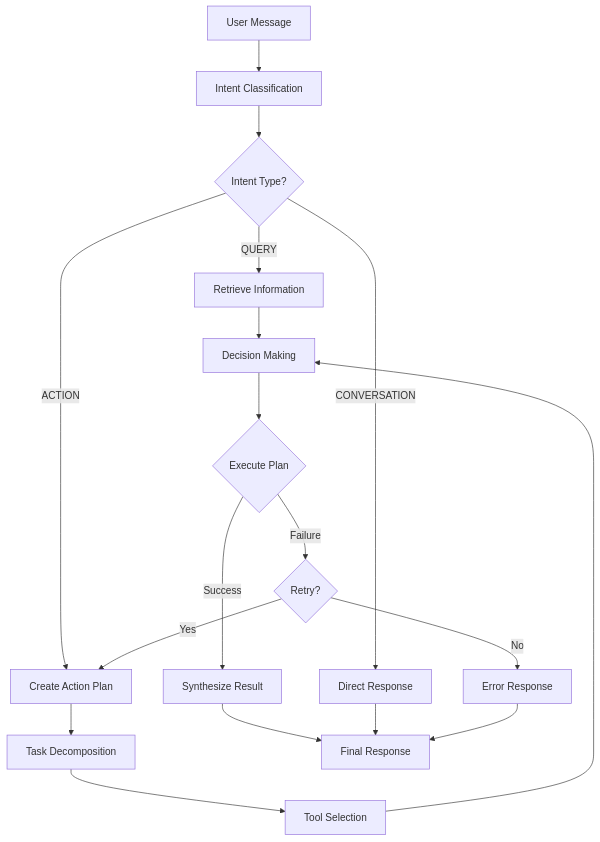
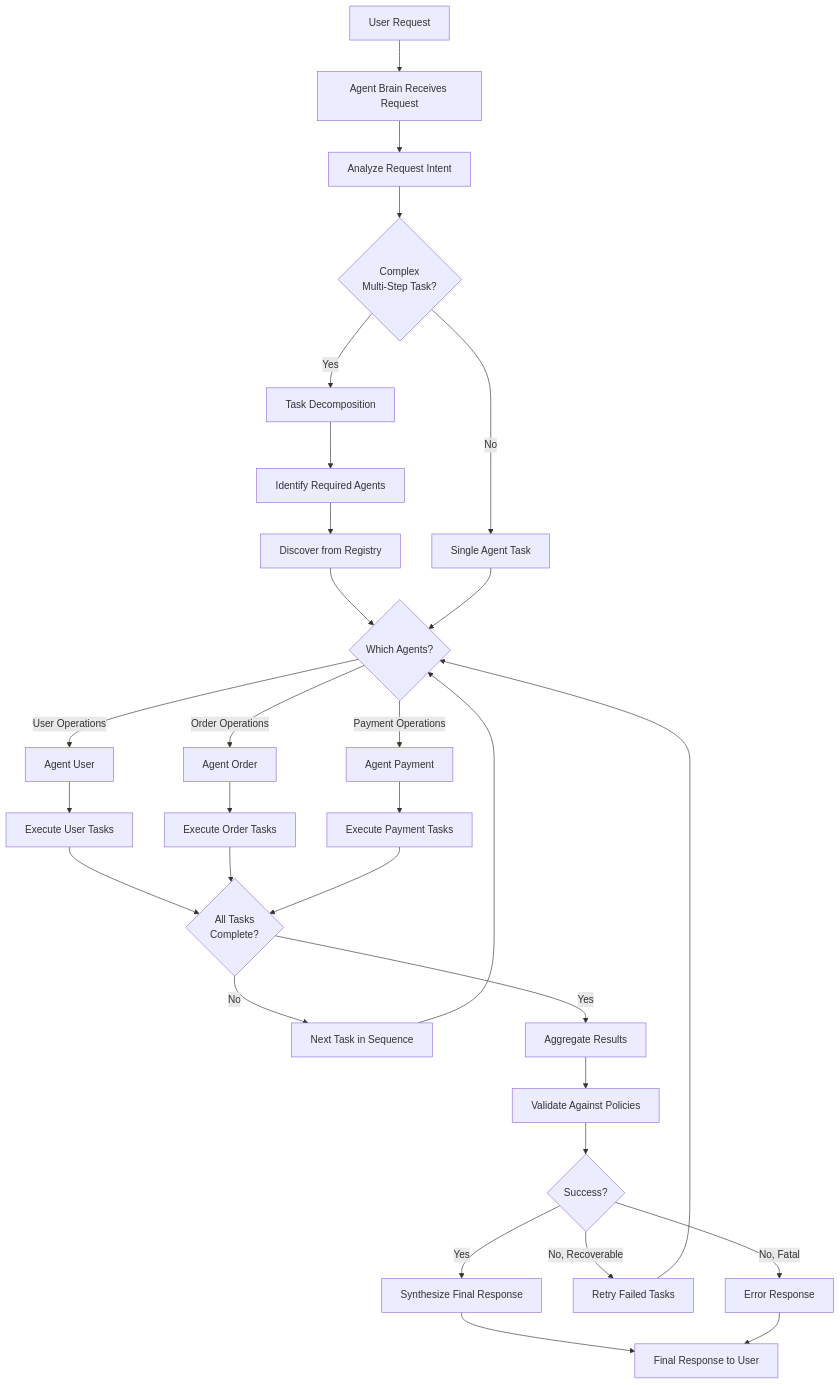
Before and after one commit to ptvinhtech13/micro-agent: the fifth of 14 diagrams in docs/architecture/architecture_visual_mermaid.md, drawn with Mermaid. The commit also changed other lines of this file and 10 other files, not shown here.

````diff
--- a/docs/architecture/architecture_visual_mermaid.md
+++ b/docs/architecture/architecture_visual_mermaid.md
@@ -156,25 +242,47 @@
 ```mermaid
 flowchart TD
-    START[User Message] --> INTENT[Intent Classification]
-    INTENT --> QUERY{Intent Type?}
-    
-    QUERY -->|QUERY| RETRIEVE[Retrieve Information]
-    QUERY -->|ACTION| PLAN[Create Action Plan]
-    QUERY -->|CONVERSATION| GENERATE[Direct Response]
-    
-    RETRIEVE --> DECIDE[Decision Making]
-    PLAN --> DECOMPOSE[Task Decomposition]
-    DECOMPOSE --> SELECT[Tool Selection]
-    SELECT --> DECIDE
-    
-    DECIDE --> EXECUTE{Execute Plan}
-    EXECUTE -->|Success| SYNTHESIZE[Synthesize Result]
-    EXECUTE -->|Failure| RETRY{Retry?}
-    
-    RETRY -->|Yes| PLAN
-    RETRY -->|No| ERROR[Error Response]
-    
-    SYNTHESIZE --> RESPONSE[Final Response]
-    GENERATE --> RESPONSE
+    START[User Request] --> BRAIN[Agent Brain Receives Request]
+    BRAIN --> ANALYZE[Analyze Request Intent]
+
+    ANALYZE --> COMPLEX{Complex<br/>Multi-Step Task?}
+
+    COMPLEX -->|Yes| DECOMPOSE[Task Decomposition]
+    COMPLEX -->|No| SIMPLE[Single Agent Task]
+
+    DECOMPOSE --> IDENTIFY[Identify Required Agents]
+    IDENTIFY --> DISCOVER[Discover from Registry]
+
+    DISCOVER --> AGENTS{Which Agents?}
+
+    AGENTS -->|User Operations| USER_AGENT[Agent User]
+    AGENTS -->|Order Operations| ORDER_AGENT[Agent Order]
+    AGENTS -->|Payment Operations| PAYMENT_AGENT[Agent Payment]
+
+    SIMPLE --> AGENTS
+
+    USER_AGENT --> EXECUTE_USER[Execute User Tasks]
+    ORDER_AGENT --> EXECUTE_ORDER[Execute Order Tasks]
+    PAYMENT_AGENT --> EXECUTE_PAY[Execute Payment Tasks]
+
+    EXECUTE_USER --> CHECK{All Tasks<br/>Complete?}
+    EXECUTE_ORDER --> CHECK
+    EXECUTE_PAY --> CHECK
+
+    CHECK -->|No| NEXT[Next Task in Sequence]
+    NEXT --> AGENTS
+
+    CHECK -->|Yes| AGGREGATE[Aggregate Results]
+
+    AGGREGATE --> VALIDATE[Validate Against Policies]
+
+    VALIDATE --> SUCCESS{Success?}
+
+    SUCCESS -->|Yes| SYNTHESIZE[Synthesize Final Response]
+    SUCCESS -->|No, Recoverable| RETRY[Retry Failed Tasks]
+    SUCCESS -->|No, Fatal| ERROR[Error Response]
+
+    RETRY --> AGENTS
+
+    SYNTHESIZE --> RESPONSE[Final Response to User]
     ERROR --> RESPONSE
 ```
````
